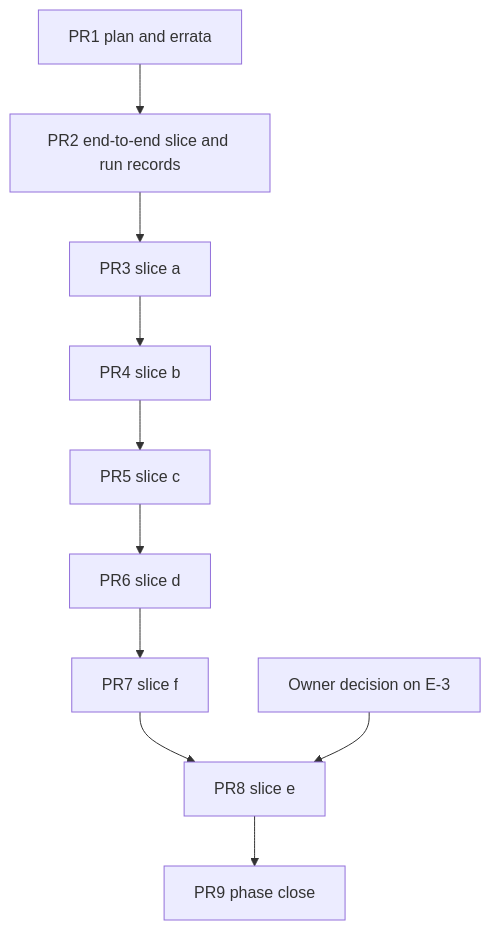
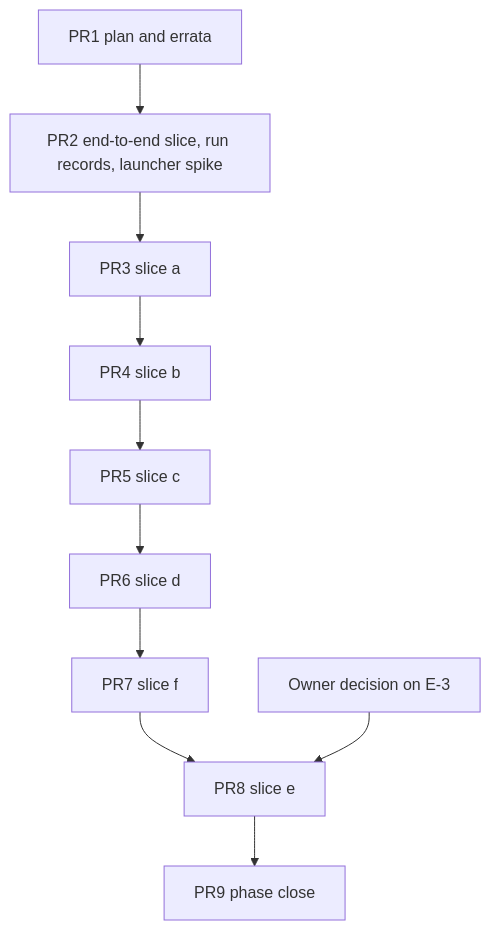
The diagram in docs/plans/2026-11-24-2115-feat-grade-command-plan.md (vinnyp/press-quality-lab), drawn with Mermaid before and after one commit. The commit also changed other lines of this file and 1 other file, not shown here.

First line of the commit message:
docs: revise the phase 3 plan after its design-mode peer-review gate

````diff
--- a/docs/plans/2026-11-24-2115-feat-grade-command-plan.md
+++ b/docs/plans/2026-11-24-2115-feat-grade-command-plan.md
@@ -109,12 +129,12 @@
 ```mermaid
 flowchart TB
-  P[PR1 plan and errata] --> S[PR2 end-to-end slice and run records]
+  P[PR1 plan and errata] --> S[PR2 end-to-end slice, run records, launcher spike]
   S --> A[PR3 slice a]
   A --> B[PR4 slice b]
   B --> C[PR5 slice c]
   C --> D[PR6 slice d]
   D --> F[PR7 slice f]
   F --> E[PR8 slice e]
   O[Owner decision on E-3] --> E
   E --> Z[PR9 phase close]
 ```
````
